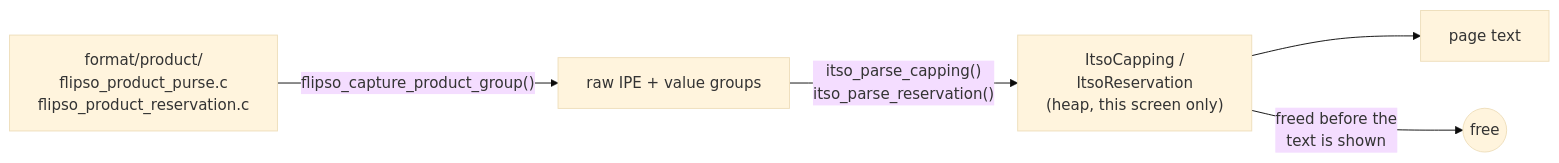
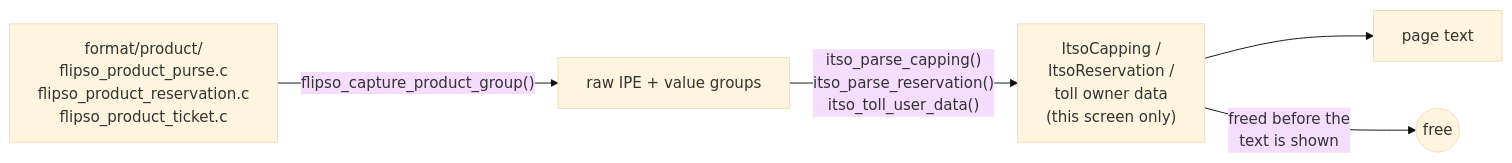
The eighth of 18 diagrams in docs/ARCHITECTURE.md (danielroy96/flipso), drawn with Mermaid (base theme) before and after one commit. The commit also changed other lines of this file and 25 other files, not shown here.

````diff
--- a/docs/ARCHITECTURE.md
+++ b/docs/ARCHITECTURE.md
@@ -417,7 +417,7 @@
 ```mermaid
 flowchart LR
-    screen["format/product/<br/>flipso_product_purse.c<br/>flipso_product_reservation.c"] -->|"flipso_capture_product_group()"| raw["raw IPE + value groups"]
-    raw -->|"itso_parse_capping()<br/>itso_parse_reservation()"| temp["ItsoCapping /<br/>ItsoReservation<br/>(heap, this screen only)"]
+    screen["format/product/<br/>flipso_product_purse.c<br/>flipso_product_reservation.c<br/>flipso_product_ticket.c"] -->|"flipso_capture_product_group()"| raw["raw IPE + value groups"]
+    raw -->|"itso_parse_capping()<br/>itso_parse_reservation()<br/>itso_toll_user_data()"| temp["ItsoCapping /<br/>ItsoReservation /<br/>toll owner data<br/>(this screen only)"]
     temp --> text["page text"]
     temp -->|"freed before the<br/>text is shown"| gone(("free"))
 ```
````
